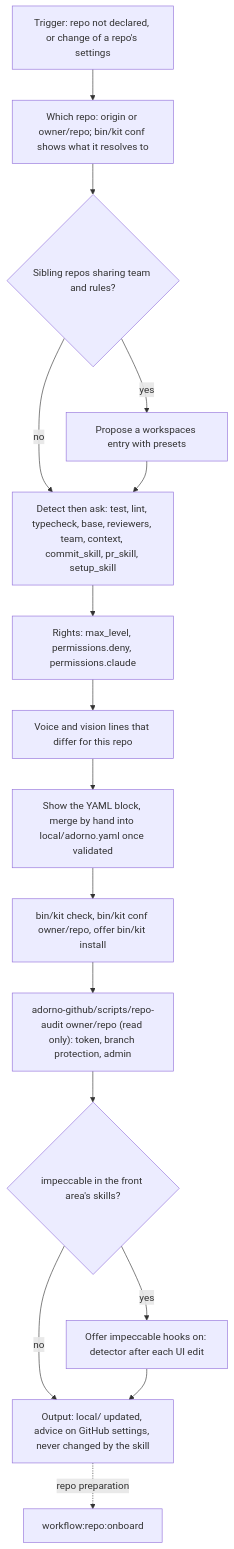
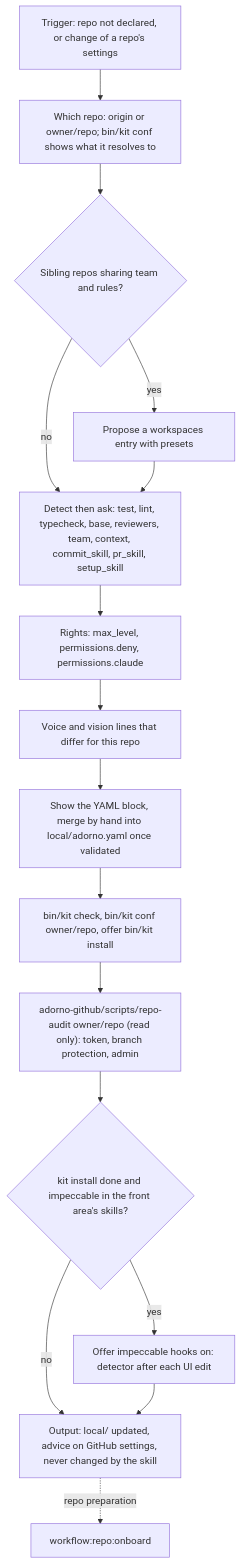
The third of 3 diagrams in src/skills/adorno-setup/SCHEMA.md (nicolasmondain/adorno), drawn with Mermaid before and after one commit. The commit also changed 4 other files, not shown here.

````diff
--- a/src/skills/adorno-setup/SCHEMA.md
+++ b/src/skills/adorno-setup/SCHEMA.md
@@ -51,18 +51,18 @@
 ```mermaid
 flowchart TD
   T["Trigger: repo not declared, or change of a repo's settings"] --> WH["Which repo: origin or owner/repo; bin/kit conf shows what it resolves to"]
   WH --> WS{"Sibling repos sharing team and rules?"}
   WS -->|"yes"| WK["Propose a workspaces entry with presets"]
   WS -->|"no"| DT
   WK --> DT["Detect then ask: test, lint, typecheck, base, reviewers, team, context, commit_skill, pr_skill, setup_skill"]
   DT --> RG["Rights: max_level, permissions.deny, permissions.claude"]
   RG --> VO["Voice and vision lines that differ for this repo"]
   VO --> SH["Show the YAML block, merge by hand into local/adorno.yaml once validated"]
   SH --> AP["bin/kit check, bin/kit conf owner/repo, offer bin/kit install"]
   AP --> AU["adorno-github/scripts/repo-audit owner/repo (read only): token, branch protection, admin"]
-  AU --> FR{"impeccable in the front area's skills?"}
+  AU --> FR{"kit install done and impeccable in the front area's skills?"}
   FR -->|"yes"| HK["Offer impeccable hooks on: detector after each UI edit"]
   FR -->|"no"| OUT
   HK --> OUT["Output: local/ updated, advice on GitHub settings, never changed by the skill"]
   OUT -.->|"repo preparation"| ON["workflow:repo:onboard"]
 ```
````
